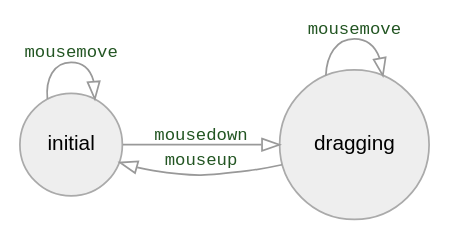
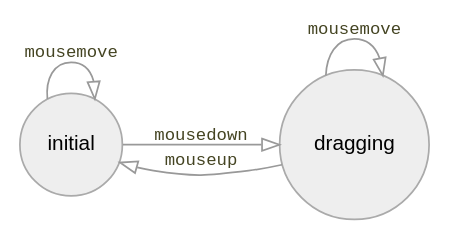
Before and after one commit to redblobgames/making-of-draggable: the second of 7 diagrams in index.org, drawn with Graphviz. The commit also changed other lines of this file and 1 other file, not shown here.

```diff
--- a/index.org
+++ b/index.org
@@ -52,12 +55,12 @@
 #+begin_src dot :file build/mouse-local.svg :exports results
 digraph {
     node [fontname=Helvetica, fontsize=12, shape=circle, style=filled, color="#aaaaaa", fillcolor="#eeeeee"];
-    edge [fontname=Courier, fontsize=10, fontcolor="#225522", color="#999999", fillcolor="#ffffff"];
+    edge [fontname=Courier, fontsize=10, fontcolor="#444422", color="#999999", fillcolor="#ffffff"];
     
     rankdir=LR;
     initial -> initial [label = "mousemove"];
     initial -> dragging [label = "mousedown"];
     dragging -> dragging [label = "mousemove"];
     dragging -> initial [label = "mouseup"];
 }
 #+end_src
```
